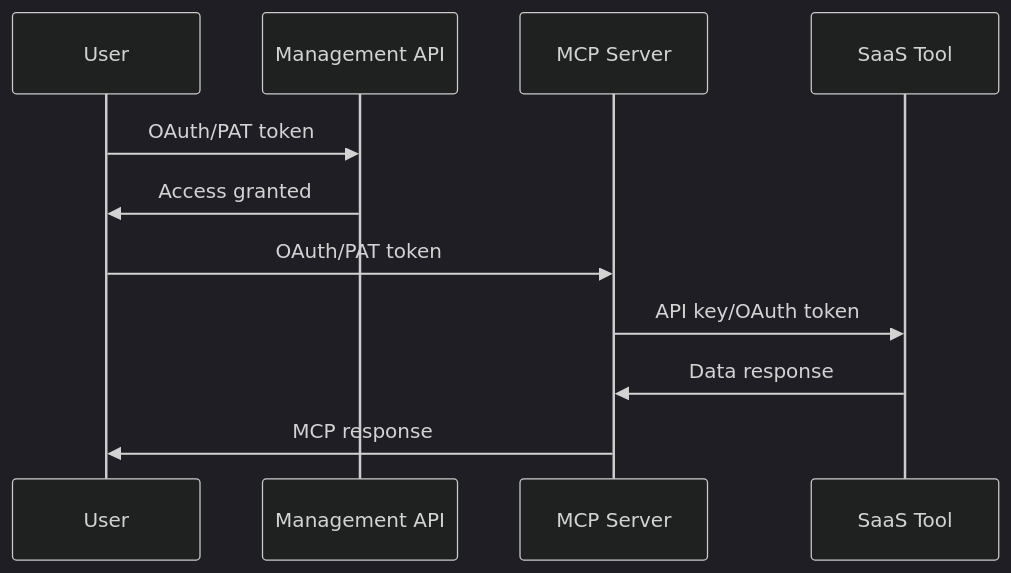
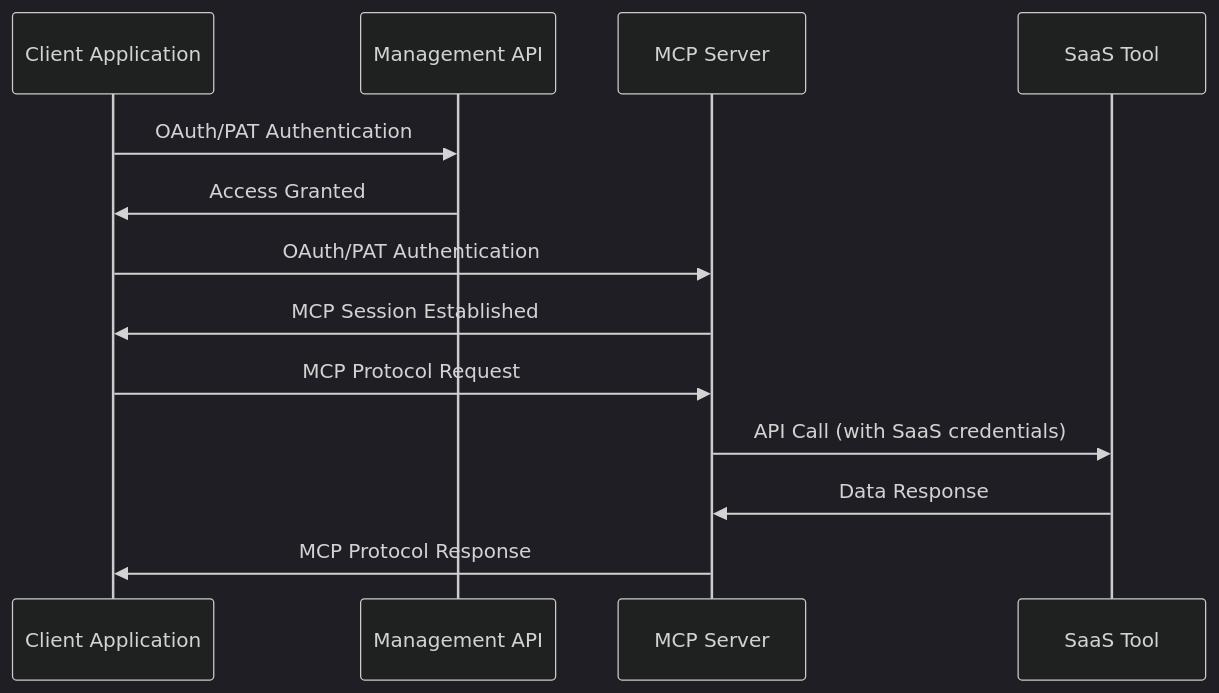
The diagram in authentication/introduction.mdx (d7ventures/docs), drawn with Mermaid (dark theme) before and after one commit. The commit also changed other lines of this file and 5 other files, not shown here.

````diff
--- a/authentication/introduction.mdx
+++ b/authentication/introduction.mdx
@@ -47,14 +47,16 @@
 ```mermaid
 sequenceDiagram
-    participant User
-    participant Management API
-    participant MCP Server
-    participant SaaS Tool
+    participant Client as Client Application
+    participant Management as Management API
+    participant MCP as MCP Server
+    participant SaaS as SaaS Tool
 
-    User->>Management API: OAuth/PAT token
-    Management API->>User: Access granted
-    User->>MCP Server: OAuth/PAT token
-    MCP Server->>SaaS Tool: API key/OAuth token
-    SaaS Tool->>MCP Server: Data response
-    MCP Server->>User: MCP response
+    Client->>Management: OAuth/PAT Authentication
+    Management->>Client: Access Granted
+    Client->>MCP: OAuth/PAT Authentication
+    MCP->>Client: MCP Session Established
+    Client->>MCP: MCP Protocol Request
+    MCP->>SaaS: API Call (with SaaS credentials)
+    SaaS->>MCP: Data Response
+    MCP->>Client: MCP Protocol Response
 ```
````
